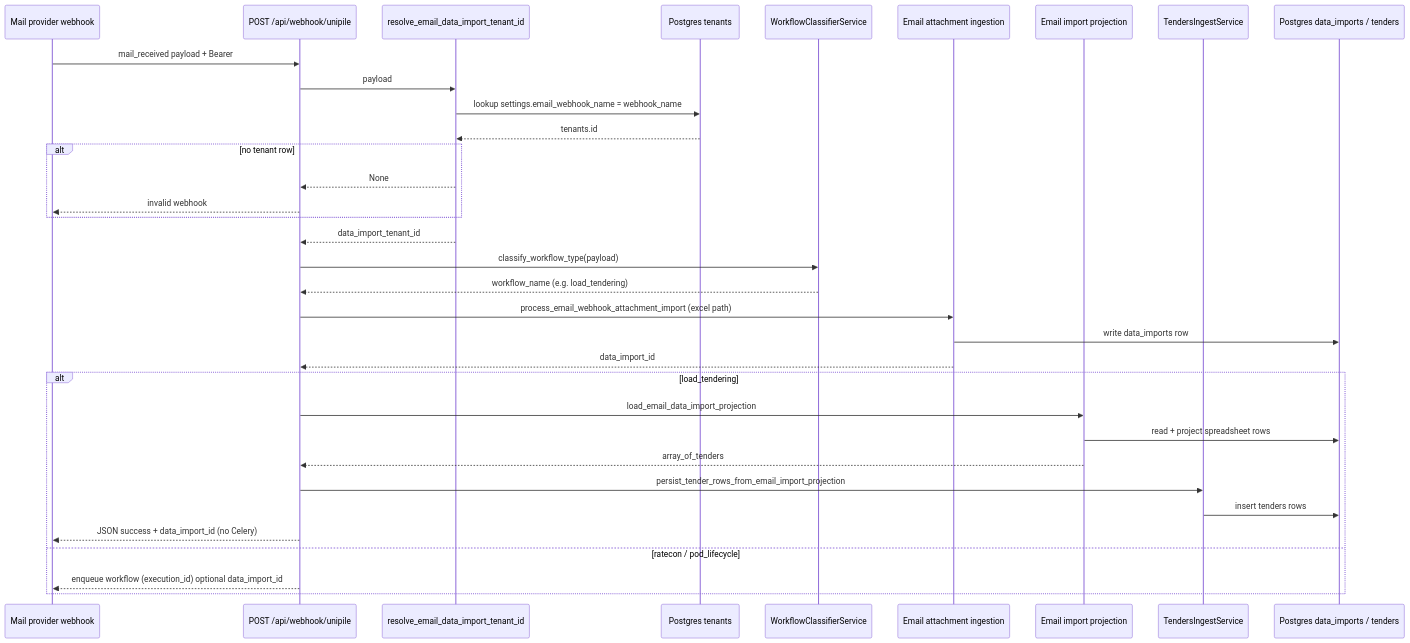
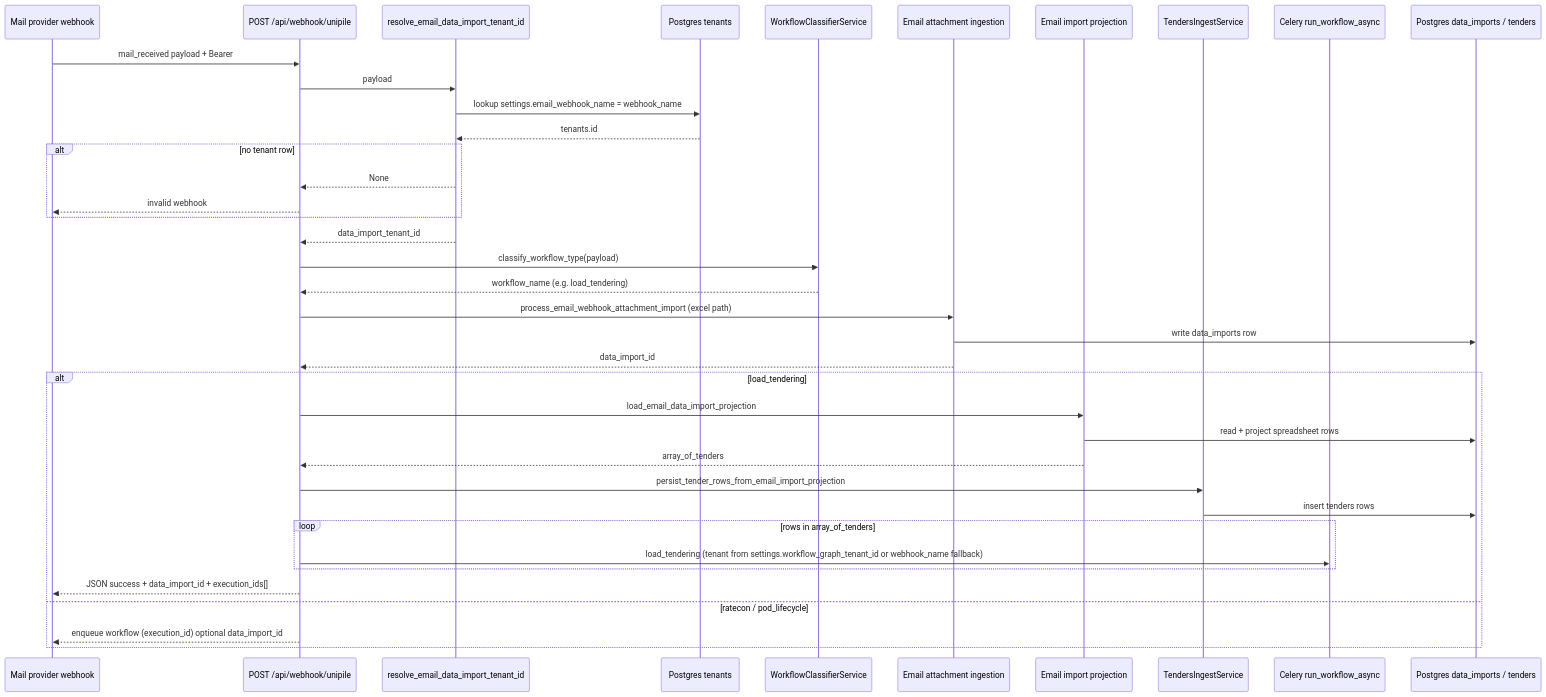
Before and after one commit to lil-bunny/testingmulti: the first of 2 diagrams in docs/load_tendering_email_webhook_flow.md, drawn with Mermaid. The commit also changed other lines of this file and 17 other files, not shown here.

Commit message:
feat(load-tendering): graph tenant resolution, lifecycles schema, Gellita webhook flow

````diff
--- a/docs/load_tendering_email_webhook_flow.md
+++ b/docs/load_tendering_email_webhook_flow.md
@@ -20,37 +22,41 @@
 ```mermaid
 sequenceDiagram
     participant U as Mail provider webhook
     participant API as POST /api/webhook/unipile
     participant R as resolve_email_data_import_tenant_id
     participant DBt as Postgres tenants
     participant C as WorkflowClassifierService
     participant Ing as Email attachment ingestion
     participant DIP as Email import projection
     participant TI as TendersIngestService
+    participant Cel as Celery run_workflow_async
     participant DBi as Postgres data_imports / tenders
 
     U->>API: mail_received payload + Bearer
     API->>R: payload
     R->>DBt: lookup settings.email_webhook_name = webhook_name
     DBt-->>R: tenants.id
     alt no tenant row
         R-->>API: None
         API-->>U: invalid webhook
     end
     R-->>API: data_import_tenant_id
     API->>C: classify_workflow_type(payload)
     C-->>API: workflow_name (e.g. load_tendering)
     API->>Ing: process_email_webhook_attachment_import (excel path)
     Ing->>DBi: write data_imports row
     Ing-->>API: data_import_id
     alt load_tendering
         API->>DIP: load_email_data_import_projection
         DIP->>DBi: read + project spreadsheet rows
         DIP-->>API: array_of_tenders
         API->>TI: persist_tender_rows_from_email_import_projection
         TI->>DBi: insert tenders rows
-        API-->>U: JSON success + data_import_id (no Celery)
+        loop rows in array_of_tenders
+            API->>Cel: load_tendering (tenant from settings.workflow_graph_tenant_id or webhook_name fallback)
+        end
+        API-->>U: JSON success + data_import_id + execution_ids[]
     else ratecon / pod_lifecycle
         API-->>U: enqueue workflow (execution_id) optional data_import_id
     end
 ```
````
